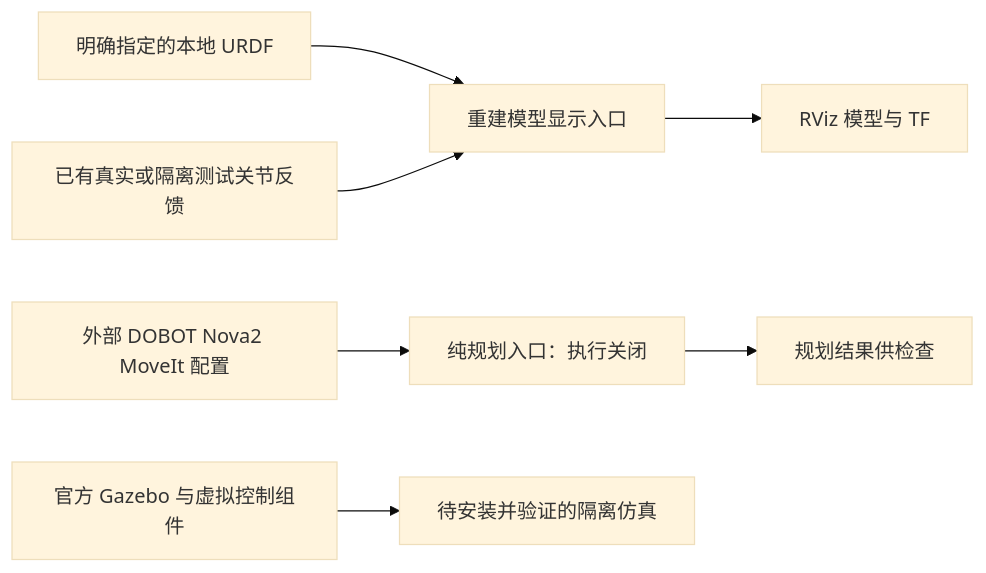
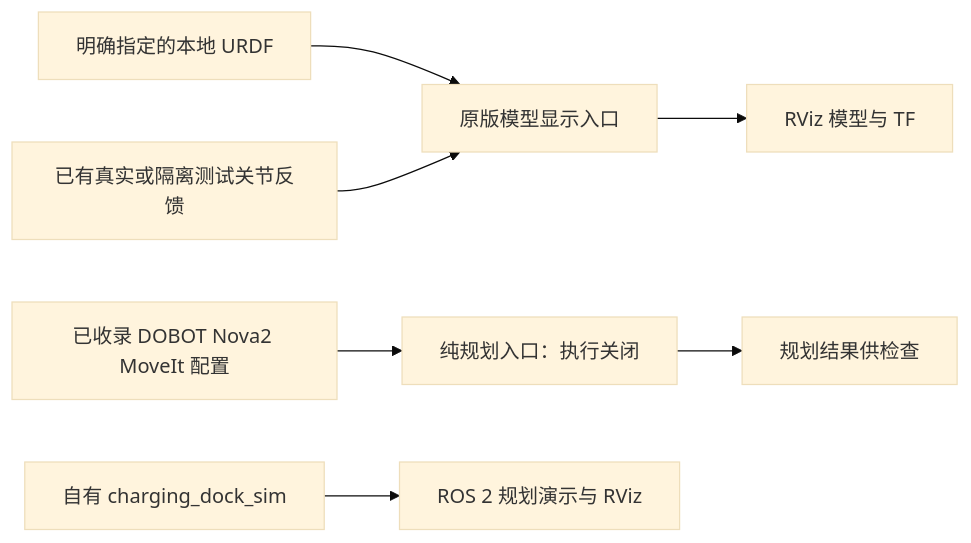
The fourth of 4 diagrams in docs/ARM_WORKFLOWS.md (Pvpproof/autonomous-charging-robot), drawn with Mermaid (base theme) before and after one commit. The commit also changed other lines of this file and 12 other files, not shown here.

````diff
--- a/docs/ARM_WORKFLOWS.md
+++ b/docs/ARM_WORKFLOWS.md
@@ -86,9 +86,9 @@
 ```mermaid
 flowchart LR
-  U[明确指定的本地 URDF] --> M[重建模型显示入口]
+  U[明确指定的本地 URDF] --> M[原版模型显示入口]
   J[已有真实或隔离测试关节反馈] --> M
   M --> V[RViz 模型与 TF]
-  D[外部 DOBOT Nova2 MoveIt 配置] --> P[纯规划入口：执行关闭]
+  D[已收录 DOBOT Nova2 MoveIt 配置] --> P[纯规划入口：执行关闭]
   P --> R[规划结果供检查]
-  G[官方 Gazebo 与虚拟控制组件] --> S[待安装并验证的隔离仿真]
+  G[自有 charging_dock_sim] --> S[ROS 2 规划演示与 RViz]
 ```
````
